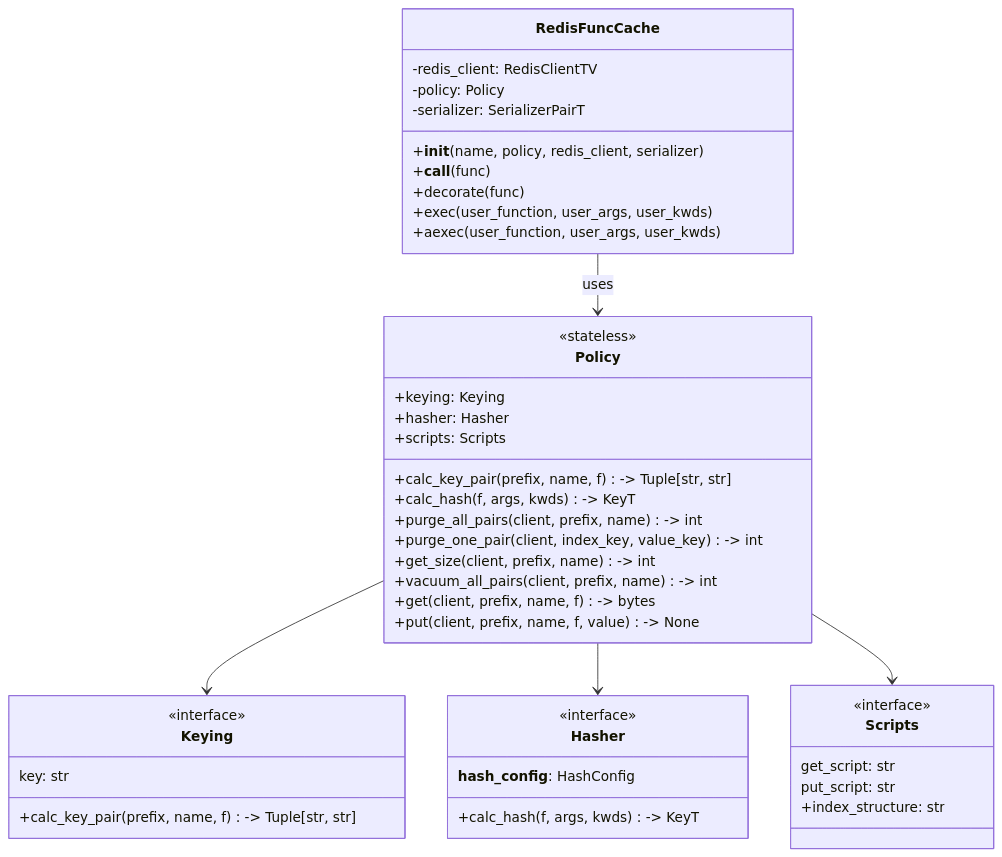
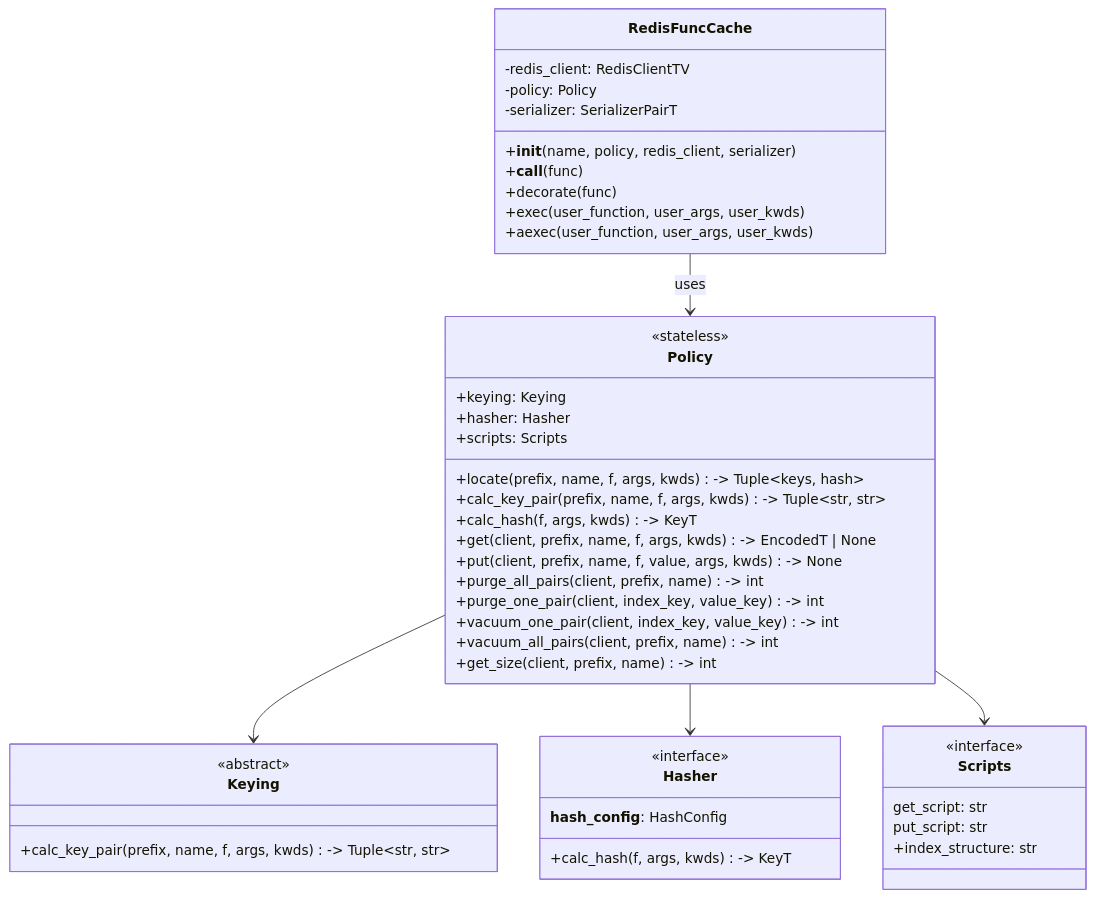
Before and after one commit to tanbro/redis_func_cache: the second of 5 diagrams in CONTRIBUTING.md, drawn with Mermaid. The commit also changed other lines of this file and 5 other files, not shown here.

First line of the commit message:
docs: diagram conventions and retrofit (AGENTS.md rules, README SVG, handler sequence diagrams)

````diff
--- a/CONTRIBUTING.md
+++ b/CONTRIBUTING.md
@@ -249,52 +269,53 @@
 ```mermaid
 classDiagram
     class RedisFuncCache {
         -redis_client: RedisClientTV
         -policy: Policy
         -serializer: SerializerPairT
         +__init__(name, policy, redis_client, serializer)
         +__call__(func)
         +decorate(func)
         +exec(user_function, user_args, user_kwds)
         +aexec(user_function, user_args, user_kwds)
     }
 
     class Policy {
         <<stateless>>
         +keying: Keying
         +hasher: Hasher
         +scripts: Scripts
-        +calc_key_pair(prefix, name, f) -> Tuple[str, str]
+        +locate(prefix, name, f, args, kwds) -> Tuple~keys, hash~
+        +calc_key_pair(prefix, name, f, args, kwds) -> Tuple~str, str~
         +calc_hash(f, args, kwds) -> KeyT
+        +get(client, prefix, name, f, args, kwds) -> EncodedT | None
+        +put(client, prefix, name, f, value, args, kwds) -> None
         +purge_all_pairs(client, prefix, name) -> int
         +purge_one_pair(client, index_key, value_key) -> int
+        +vacuum_one_pair(client, index_key, value_key) -> int
+        +vacuum_all_pairs(client, prefix, name) -> int
         +get_size(client, prefix, name) -> int
-        +vacuum_all_pairs(client, prefix, name) -> int
-        +get(client, prefix, name, f) -> bytes
-        +put(client, prefix, name, f, value) -> None
     }
 
     class Keying {
-        <<interface>>
-        key: str
-        +calc_key_pair(prefix, name, f) -> Tuple[str, str]
+        <<abstract>>
+        +calc_key_pair(prefix, name, f, args, kwds) -> Tuple~str, str~
     }
 
     class Hasher {
         <<interface>>
         __hash_config__: HashConfig
         +calc_hash(f, args, kwds) -> KeyT
     }
 
     class Scripts {
         <<interface>>
         get_script: str
         put_script: str
         +index_structure: str
     }
 
     RedisFuncCache --> Policy : uses
     Policy --> Keying
     Policy --> Hasher
     Policy --> Scripts
 ```
````
